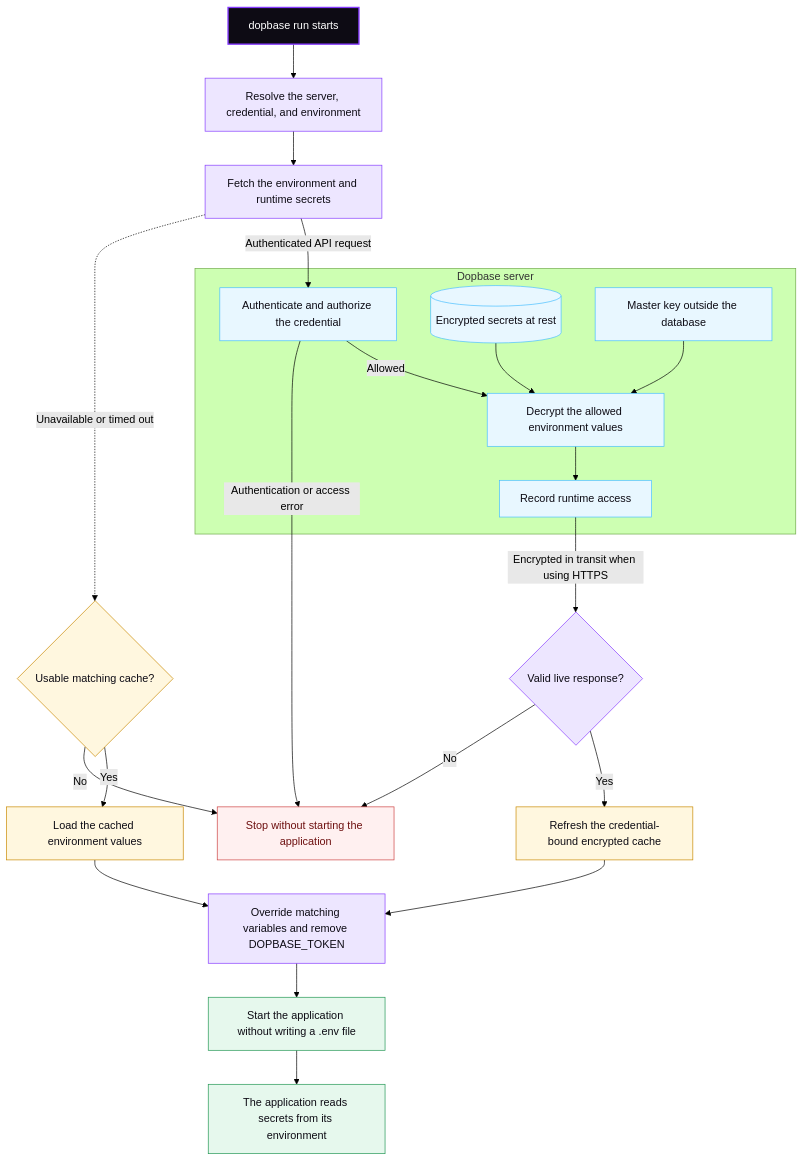
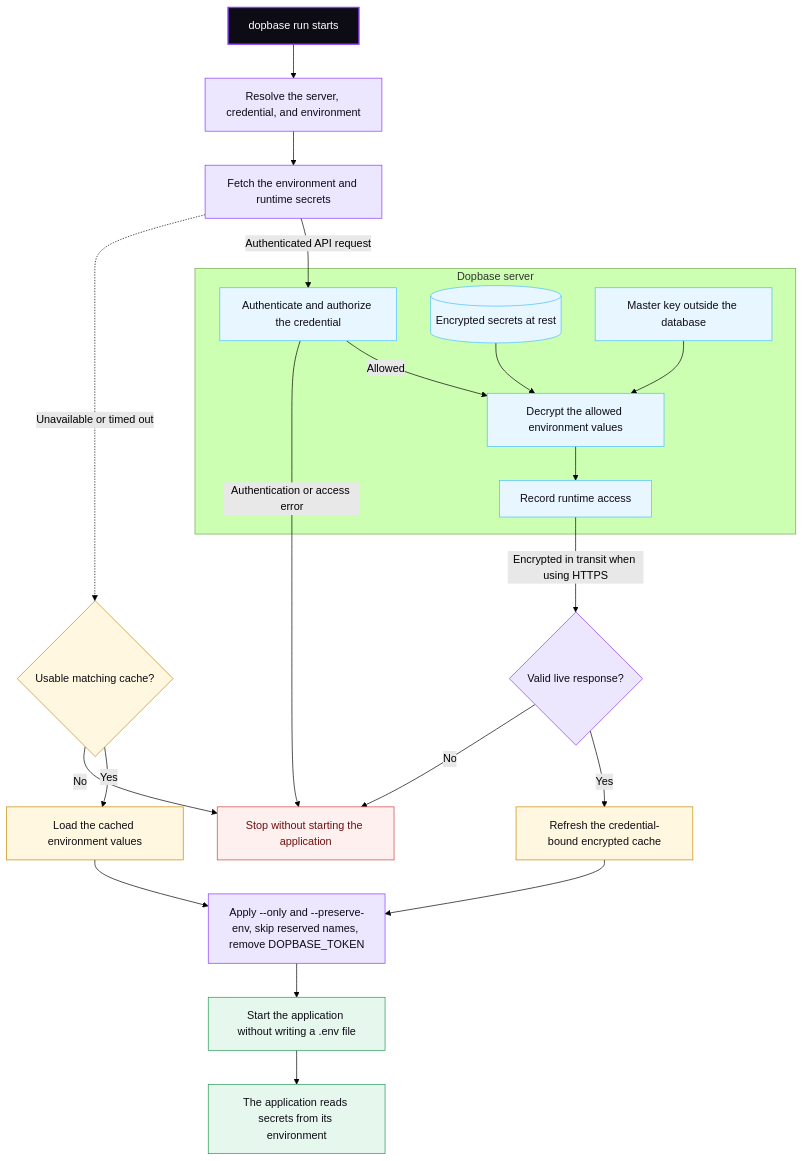
One commit to an1by/dopbase changed the diagram in docs/guide/run-an-application.md. Above: the diagram before and after it, drawn with Mermaid (forest theme). The commit also changed other lines of this file and 3 other files, not shown here.

````diff
--- a/docs/guide/run-an-application.md
+++ b/docs/guide/run-an-application.md
@@ -89,48 +89,48 @@
 ```mermaid
 flowchart TB
     accTitle: How Dopbase injects runtime secrets
     accDescr: Dopbase resolves the requested environment and fetches its secrets from the configured server. A successful response refreshes an encrypted local cache. If the server is unavailable, Dopbase can use a matching cache. It then injects the values into the child process without creating a .env file.
 
     START["dopbase run starts"] --> RESOLVE["Resolve the server, credential, and environment"]
     RESOLVE --> FETCH["Fetch the environment and runtime secrets"]
 
     subgraph SERVER["Dopbase server"]
         AUTH["Authenticate and authorize the credential"]
         DATABASE[("Encrypted secrets at rest")]
         MASTER["Master key outside the database"]
         DECRYPT["Decrypt the allowed environment values"]
         AUDIT["Record runtime access"]
 
         DATABASE --> DECRYPT
         MASTER --> DECRYPT
         AUTH -->|Allowed| DECRYPT
         DECRYPT --> AUDIT
     end
 
     FETCH -->|"Authenticated API request"| AUTH
     AUTH -->|"Authentication or access error"| STOP["Stop without starting the application"]
     AUDIT -->|"Encrypted in transit when using HTTPS"| VALIDATE{"Valid live response?"}
     VALIDATE -->|Yes| CACHE_WRITE["Refresh the credential-bound encrypted cache"]
     VALIDATE -->|No| STOP
     FETCH -. "Unavailable or timed out" .-> CACHE_READ{"Usable matching cache?"}
     CACHE_READ -->|Yes| CACHED["Load the cached environment values"]
     CACHE_READ -->|No| STOP
-    CACHE_WRITE --> INJECT["Override matching variables and remove DOPBASE_TOKEN"]
+    CACHE_WRITE --> INJECT["Apply --only and --preserve-env, skip reserved names, remove DOPBASE_TOKEN"]
     CACHED --> INJECT
     INJECT --> CHILD["Start the application without writing a .env file"]
     CHILD --> RUNTIME["The application reads secrets from its environment"]
 
     classDef command fill:#0d0b14,color:#ffffff,stroke:#863bff,stroke-width:2px;
     classDef client fill:#ede6ff,color:#0d0b14,stroke:#863bff;
     classDef server fill:#e8f7ff,color:#0d0b14,stroke:#47bfff;
     classDef cache fill:#fff7df,color:#0d0b14,stroke:#c98900;
     classDef runtime fill:#e6f8ed,color:#0d0b14,stroke:#219653;
     classDef failure fill:#fff0f0,color:#6e1010,stroke:#cc4141;
 
     class START command;
     class RESOLVE,FETCH,VALIDATE,INJECT client;
     class AUTH,DATABASE,MASTER,DECRYPT,AUDIT server;
     class CACHE_WRITE,CACHE_READ,CACHED cache;
     class CHILD,RUNTIME runtime;
     class STOP failure;
 ```
````
